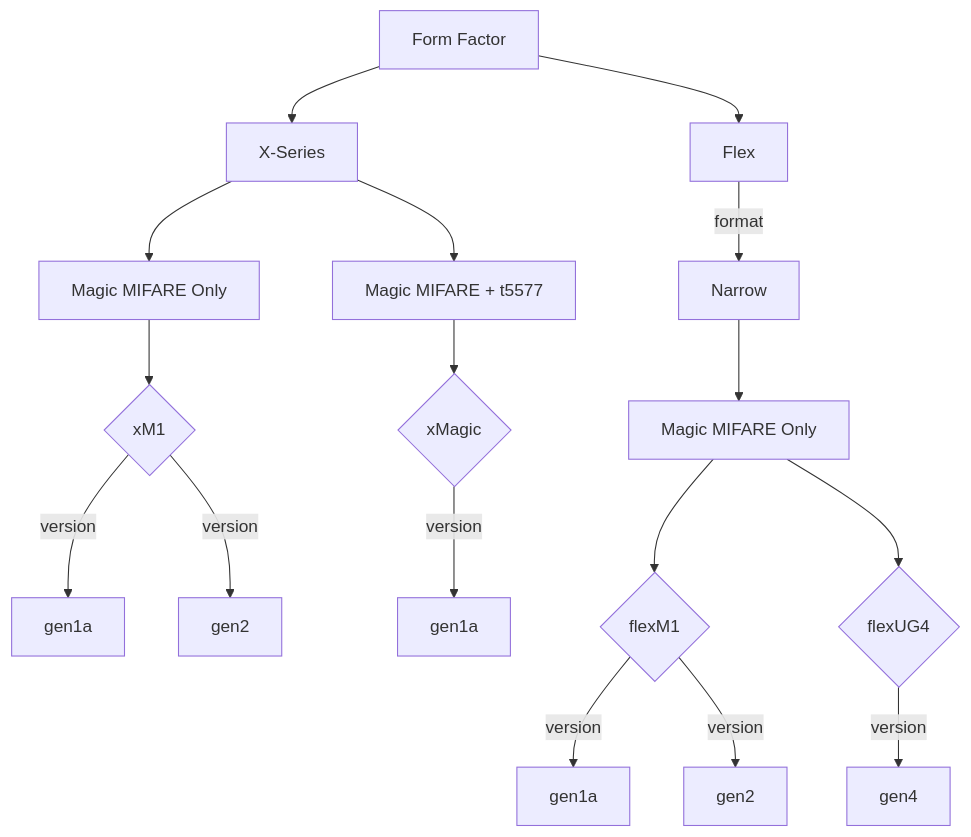
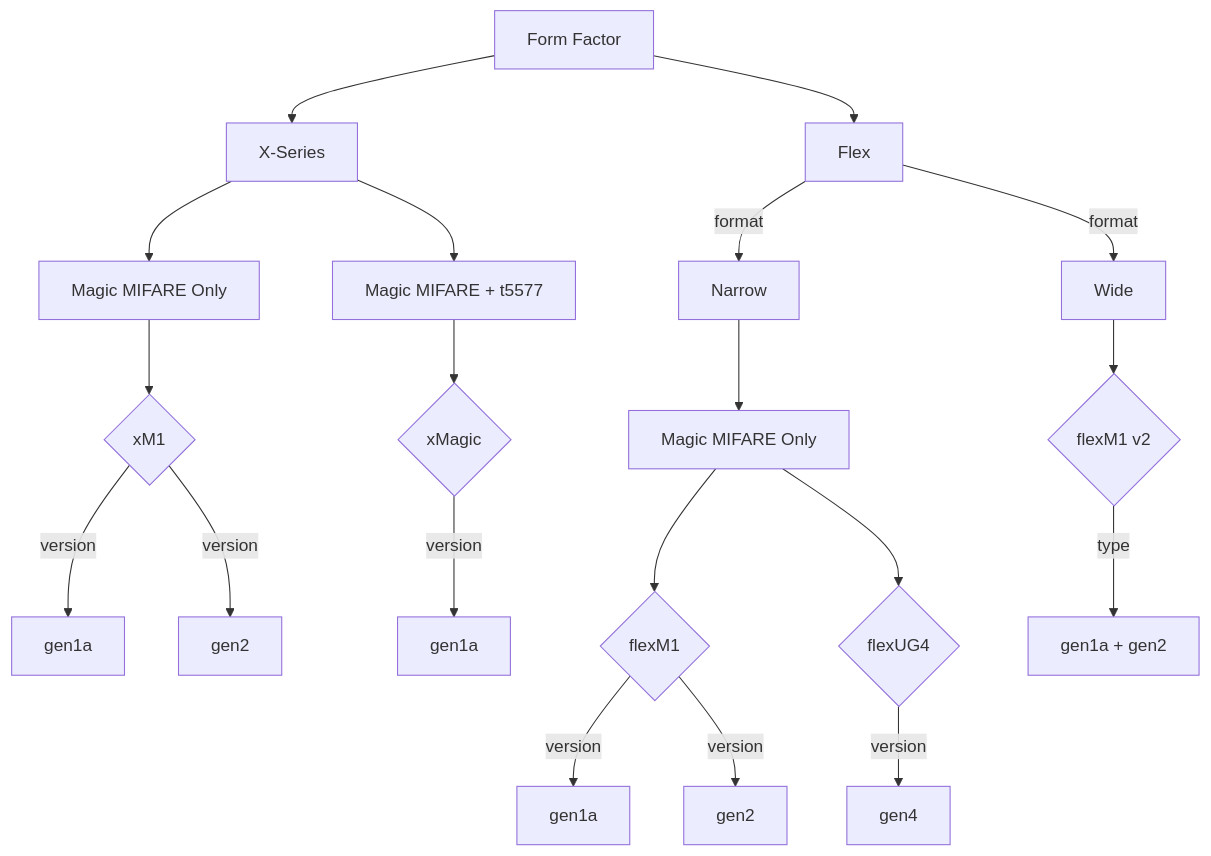
One commit to dangerous-tac0s/pm3_documentation changed the diagram in MIFARE_CLASSIC_1K_4B_OPTIONS.md. Above: the diagram before and after it, drawn with Mermaid. The commit also changed other lines of this file, not shown here.

````diff
--- a/MIFARE_CLASSIC_1K_4B_OPTIONS.md
+++ b/MIFARE_CLASSIC_1K_4B_OPTIONS.md
@@ -5,16 +5,18 @@
 ```mermaid
   flowchart TD;
       A[Form Factor]--> B[X-Series] & C[Flex];
 
       B --> B1[Magic MIFARE Only] & B2[Magic MIFARE + t5577]
       B1 --> B1.1{xM1}
       B1.1 -- version --> B1.1a[gen1a] & B1.1b[gen2]
       B2 --> B2.1{xMagic}
       B2.1 -- version --> B2.1a[gen1a]
 
-      C -- format --> C1[Narrow]
+      C -- format --> C1[Narrow] & C2[Wide]
       C1 --> C1.1[Magic MIFARE Only]
       C1.1 --> C1.1a{flexM1} & C1.1b{flexUG4}
       C1.1a -- version --> C1.1a_1[gen1a] & C1.1a_2[gen2]
       C1.1b -- version --> C1.1b_1[gen4]
+      C2 --> C2.1{flexM1 v2};
+      C2.1 -- type --> C2.1a[gen1a + gen2];
 ```
````
